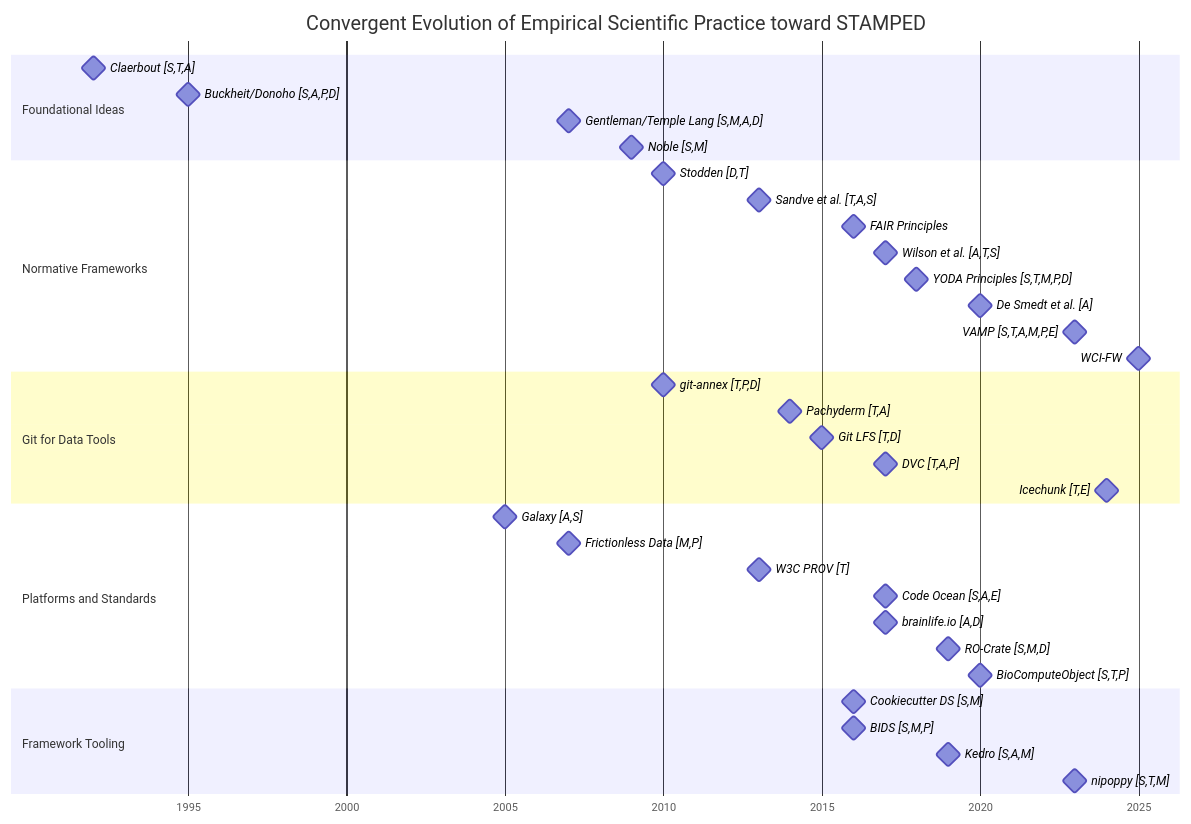
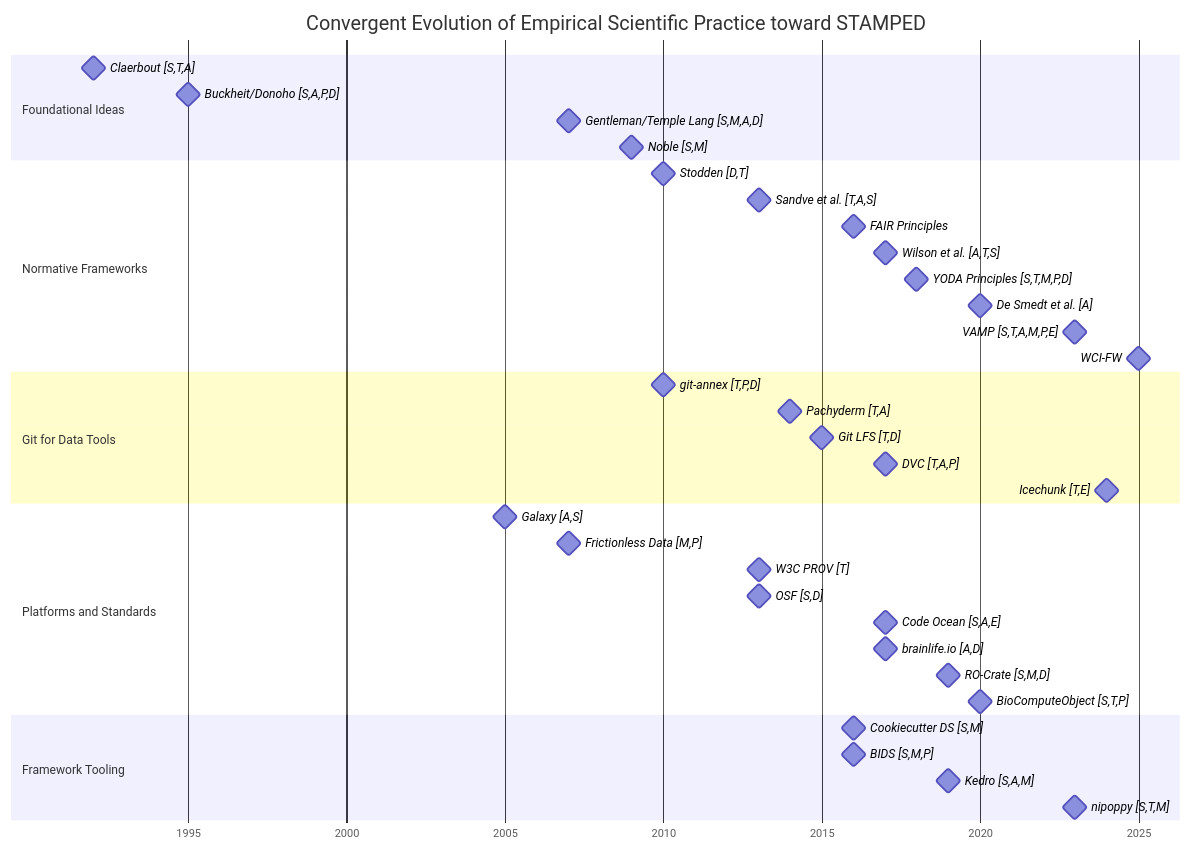
Before and after one commit to myyoda/principles-paper: the diagram in figures/convergent-evolution-gantt.mmd, drawn with Mermaid. The commit also changed 1 other file, not shown here.

Commit message:
Add OSF and preregistration to convergent evolution
Preregistration extends Tracking (T) to study intent; OSF (2013)
combined that practice with a collaboration hub, reflecting
Self-containment (S) and Distributability (D). Also adds OSF
Registrations as an existing instance of the spec-centric pattern
in Future Directions.

Refs #117

```diff
--- a/figures/convergent-evolution-gantt.mmd
+++ b/figures/convergent-evolution-gantt.mmd
@@ -1,43 +1,44 @@
 gantt
     title Convergent Evolution of Empirical Scientific Practice toward STAMPED
     dateFormat YYYY
     axisFormat %Y
     tickInterval 5year
 
     section Foundational Ideas
         Claerbout [S,T,A]                       :milestone, 1992, 0d
         Buckheit/Donoho [S,A,P,D]               :milestone, 1995, 0d
         Gentleman/Temple Lang [S,M,A,D]         :milestone, 2007, 0d
         Noble [S,M]                             :milestone, 2009, 0d
 
     section Normative Frameworks
         Stodden [D,T]                           :milestone, 2010, 0d
         Sandve et al. [T,A,S]                   :milestone, 2013, 0d
         FAIR Principles                         :milestone, 2016, 0d
         Wilson et al. [A,T,S]                   :milestone, 2017, 0d
         YODA Principles [S,T,M,P,D]             :milestone, 2018, 0d
         De Smedt et al. [A]                     :milestone, 2020, 0d
         VAMP [S,T,A,M,P,E]                      :milestone, 2023, 0d
         WCI-FW                                  :milestone, 2025, 0d
 
     section Git for Data Tools
         git-annex [T,P,D]                       :milestone, 2010, 0d
         Pachyderm [T,A]                         :milestone, 2014, 0d
         Git LFS [T,D]                           :milestone, 2015, 0d
         DVC [T,A,P]                             :milestone, 2017, 0d
         Icechunk [T,E]                          :milestone, 2024, 0d
 
     section Platforms and Standards
         Galaxy [A,S]                            :milestone, 2005, 0d
         Frictionless Data [M,P]                 :milestone, 2007, 0d
         W3C PROV [T]                            :milestone, 2013, 0d
+        OSF [S,D]                               :milestone, 2013, 0d
         Code Ocean [S,A,E]                      :milestone, 2017, 0d
         brainlife.io [A,D]                      :milestone, 2017, 0d
         RO-Crate [S,M,D]                        :milestone, 2019, 0d
         BioComputeObject [S,T,P]                :milestone, 2020, 0d
 
     section Framework Tooling
         Cookiecutter DS [S,M]                   :milestone, 2016, 0d
         BIDS [S,M,P]                            :milestone, 2016, 0d
         Kedro [S,A,M]                           :milestone, 2019, 0d
         nipoppy [S,T,M]                         :milestone, 2023, 0d
```
